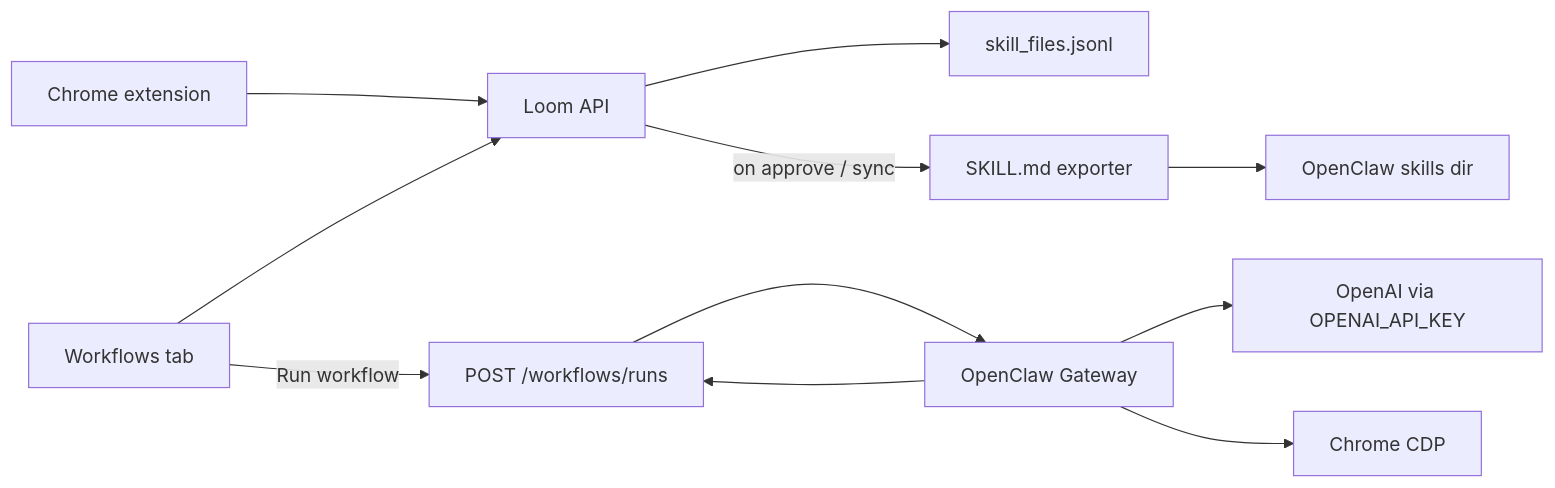
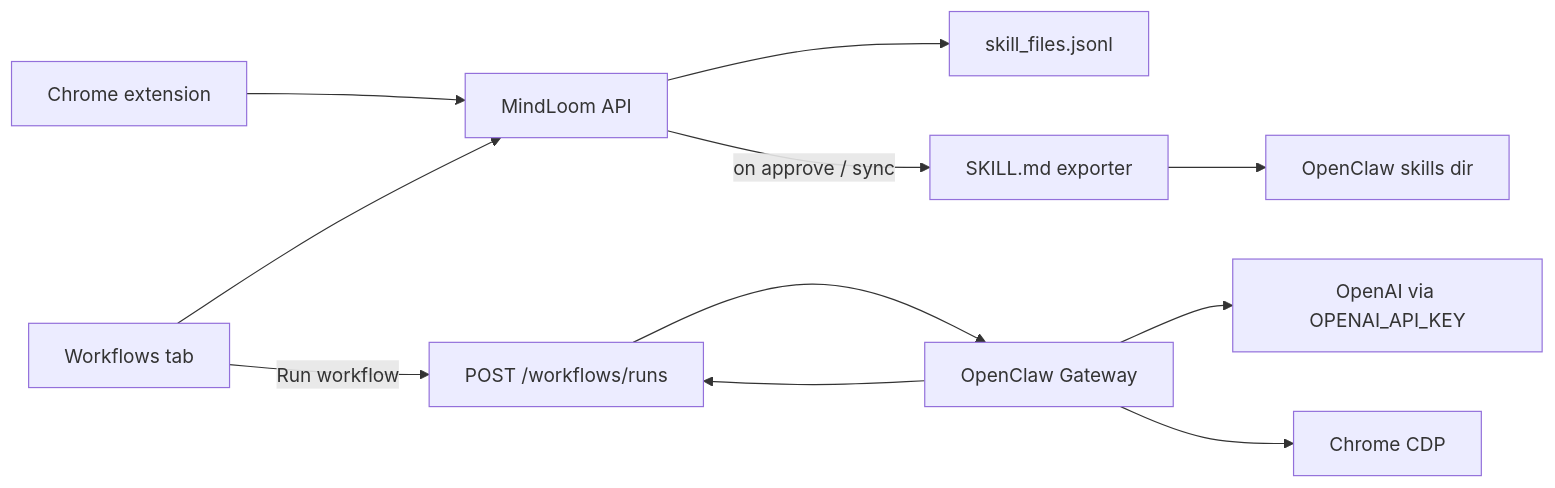
One commit to MindL00m/MindLoomProduct changed the diagram in plan.md. Above: the diagram before and after it, drawn with Mermaid. The commit also changed other lines of this file and 150 other files, not shown here.

First line of the commit message:
Rebrand to MindLoom and group the API by agent

````diff
--- a/plan.md
+++ b/plan.md
@@ -11,13 +11,13 @@
 ```mermaid
 flowchart LR
-  Ext[Chrome extension] --> API[Loom API]
+  Ext[Chrome extension] --> API[MindLoom API]
   API --> JSONL[skill_files.jsonl]
   UI[Workflows tab] --> API
   API -->|on approve / sync| Export[SKILL.md exporter]
   Export --> SkillsDir[OpenClaw skills dir]
   UI -->|Run workflow| RunAPI[POST /workflows/runs]
   RunAPI --> OC[OpenClaw Gateway]
   OC --> LLM[OpenAI via OPENAI_API_KEY]
   OC --> Browser[Chrome CDP]
   OC --> RunAPI
 ```
````
